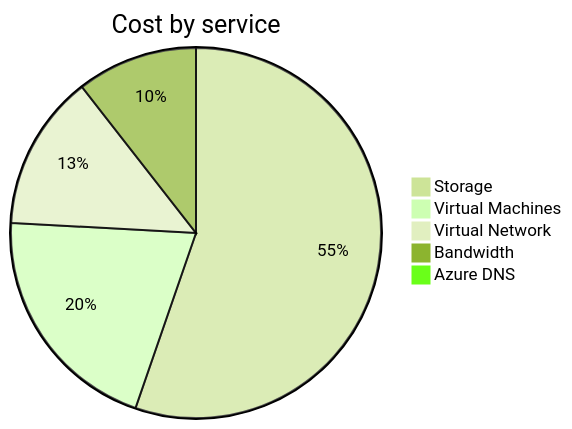
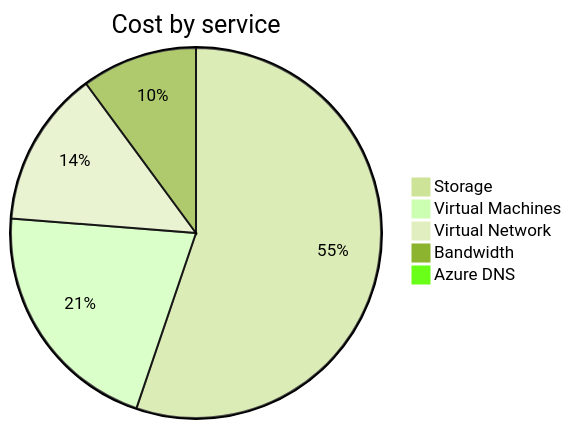
Before and after one commit to jpfulton/azure-personal-reports: the second of 4 diagrams in cost-reports/personal-network/README.md, drawn with Mermaid (forest theme). The commit also changed other lines of this file and 8 other files, not shown here.

````diff
--- a/cost-reports/personal-network/README.md
+++ b/cost-reports/personal-network/README.md
@@ -99,9 +99,9 @@
 ```mermaid
 pie
    title Cost by service
-   "Storage" : 14.62
-   "Virtual Machines" : 5.44
-   "Virtual Network" : 3.59
+   "Storage" : 15.25
+   "Virtual Machines" : 5.81
+   "Virtual Network" : 3.77
    "Bandwidth" : 2.79
-   "Azure DNS" : 0.24
+   "Azure DNS" : 0.25
 ```
````
